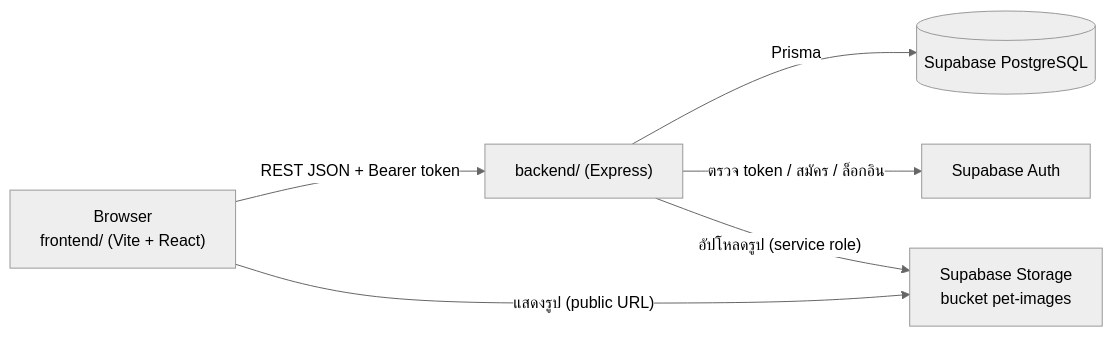
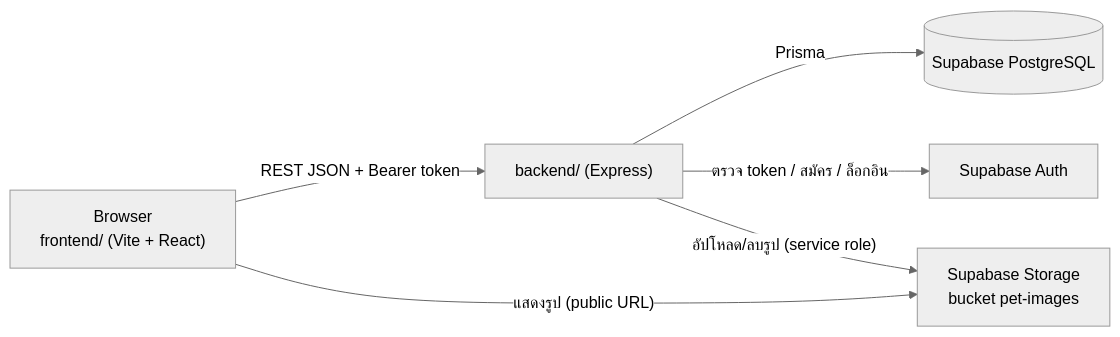
Before and after one commit to HAKUJJ/PawHome: the diagram in README.md, drawn with Mermaid (neutral theme). The commit also changed other lines of this file and 1 other file, not shown here.

````diff
--- a/README.md
+++ b/README.md
@@ -66,8 +56,8 @@
 ```mermaid
 flowchart LR
     B["Browser<br/>frontend/ (Vite + React)"] -- "REST JSON + Bearer token" --> A["backend/ (Express)"]
     A -- "Prisma" --> D[("Supabase PostgreSQL")]
     A -- "ตรวจ token / สมัคร / ล็อกอิน" --> U["Supabase Auth"]
-    A -- "อัปโหลดรูป (service role)" --> S["Supabase Storage<br/>bucket pet-images"]
+    A -- "อัปโหลด/ลบรูป (service role)" --> S["Supabase Storage<br/>bucket pet-images"]
     B -- "แสดงรูป (public URL)" --> S
 ```
````
